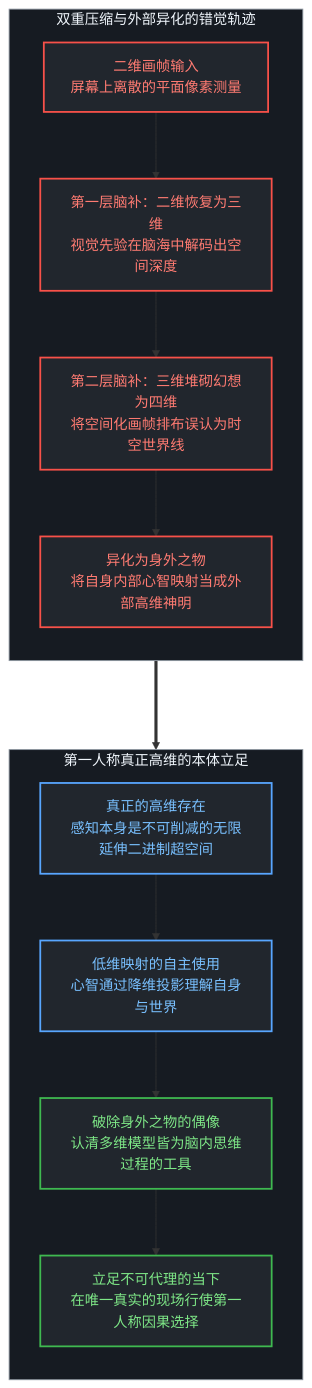
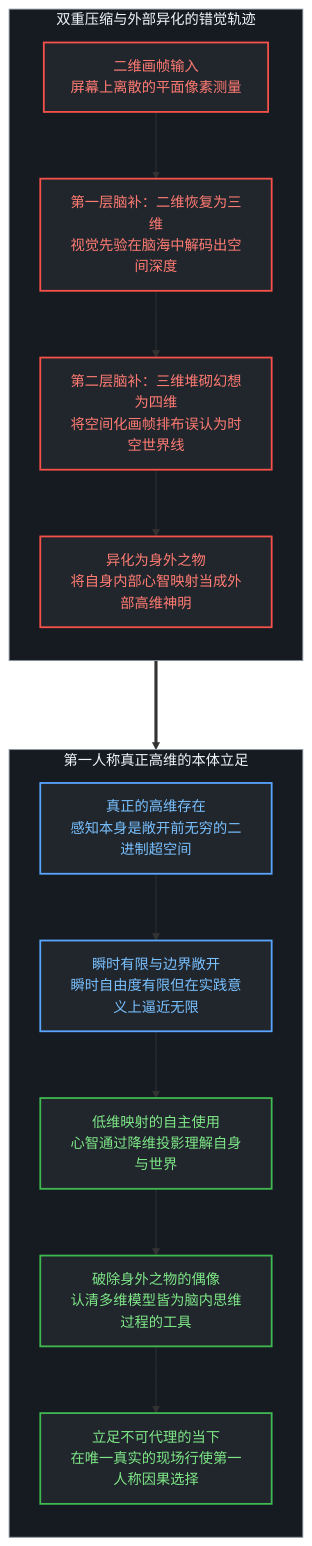
Before and after one commit to powerpig99/not-a-toe: the first of 4 diagrams in content/posts/the-myth-of-the-four-dimensional-deer-and-the-present-model.md, drawn with Mermaid. The commit also changed other lines of this file and 3 other files, not shown here.

````diff
--- a/content/posts/the-myth-of-the-four-dimensional-deer-and-the-present-model.md
+++ b/content/posts/the-myth-of-the-four-dimensional-deer-and-the-present-model.md
@@ -17,29 +21,30 @@
 ```mermaid
 graph TD
     classDef default fill:#0d1117,stroke:#30363d,stroke-width:1px,color:#c9d1d9;
     classDef canvas fill:#161b22,stroke:#8b949e,stroke-width:1px,color:#f0f6fc;
     classDef errNode fill:#21262d,stroke:#f85149,stroke-width:2px,color:#ff7b72;
     classDef actNode fill:#21262d,stroke:#58a6ff,stroke-width:2px,color:#79c0ff;
     classDef resNode fill:#21262d,stroke:#3fb950,stroke-width:2px,color:#7ee787;
 
     subgraph ErrorTrack ["双重压缩与外部异化的错觉轨迹"]
         direction TB
         E1["二维画帧输入<br/>屏幕上离散的平面像素测量"] --> E2["第一层脑补：二维恢复为三维<br/>视觉先验在脑海中解码出空间深度"]
         E2 --> E3["第二层脑补：三维堆砌幻想为四维<br/>将空间化画帧排布误认为时空世界线"]
         E3 --> E4["异化为身外之物<br/>将自身内部心智映射当成外部高维神明"]
     end
 
     ErrorTrack ===> RealityTrack
 
     subgraph RealityTrack ["第一人称真正高维的本体立足"]
         direction TB
-        R1["真正的高维存在<br/>感知本身是不可削减的无限延伸二进制超空间"] --> R2["低维映射的自主使用<br/>心智通过降维投影理解自身与世界"]
-        R2 --> R3["破除身外之物的偶像<br/>认清多维模型皆为脑内思维过程的工具"]
-        R3 --> R4["立足不可代理的当下<br/>在唯一真实的现场行使第一人称因果选择"]
+        R1["真正的高维存在<br/>感知本身是敞开前无穷的二进制超空间"] --> R2["瞬时有限与边界敞开<br/>瞬时自由度有限但在实践意义上逼近无限"]
+        R2 --> R3["低维映射的自主使用<br/>心智通过降维投影理解自身与世界"]
+        R3 --> R4["破除身外之物的偶像<br/>认清多维模型皆为脑内思维过程的工具"]
+        R4 --> R5["立足不可代理的当下<br/>在唯一真实的现场行使第一人称因果选择"]
     end
 
     class ErrorTrack,RealityTrack canvas;
     class E1,E2,E3,E4 errNode;
     class R1,R2 actNode;
-    class R3,R4 resNode;
+    class R3,R4,R5 resNode;
 ```
````
